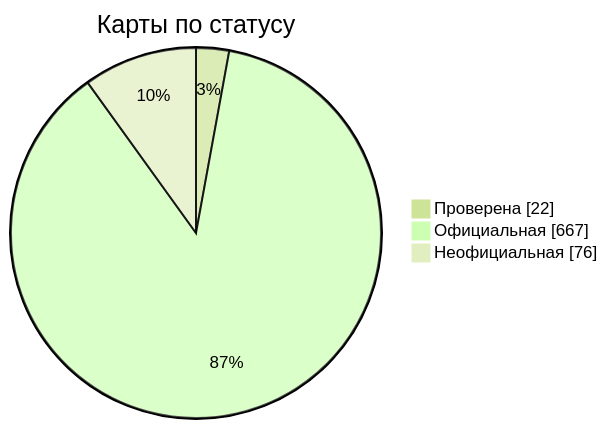
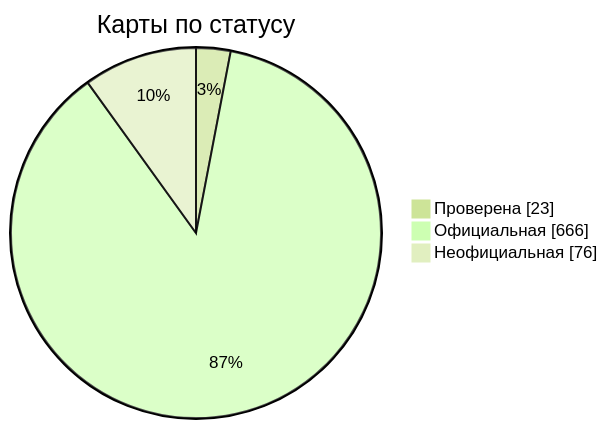
One commit to nobrega8/mbmap-library changed the diagram in docs/readme/README_RU.md. Above: the diagram before and after it, drawn with Mermaid (forest theme). The commit also changed 6 other files, not shown here.

````diff
--- a/docs/readme/README_RU.md
+++ b/docs/readme/README_RU.md
@@ -54,7 +54,7 @@
 ```mermaid
 pie showData
     title Карты по статусу
-    "Проверена" : 22
-    "Официальная" : 667
+    "Проверена" : 23
+    "Официальная" : 666
     "Неофициальная" : 76
 ```
````
